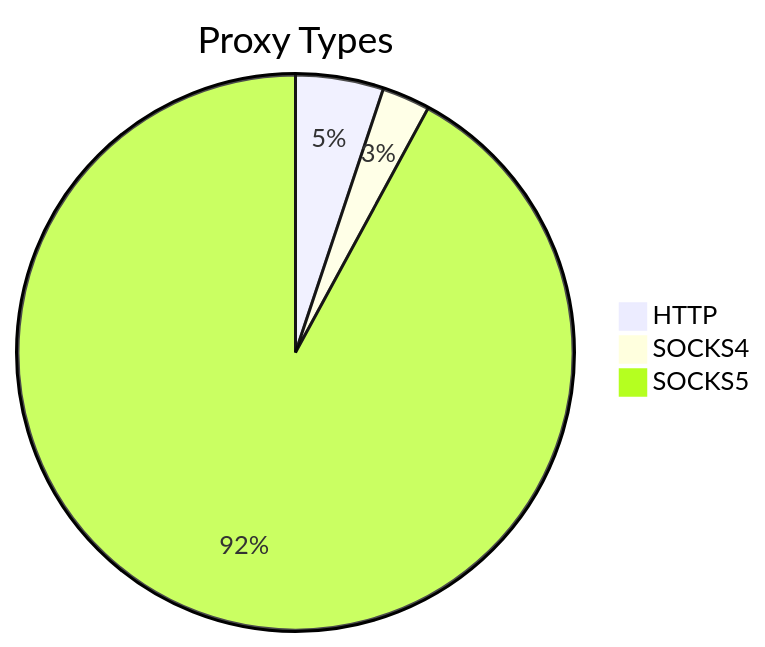
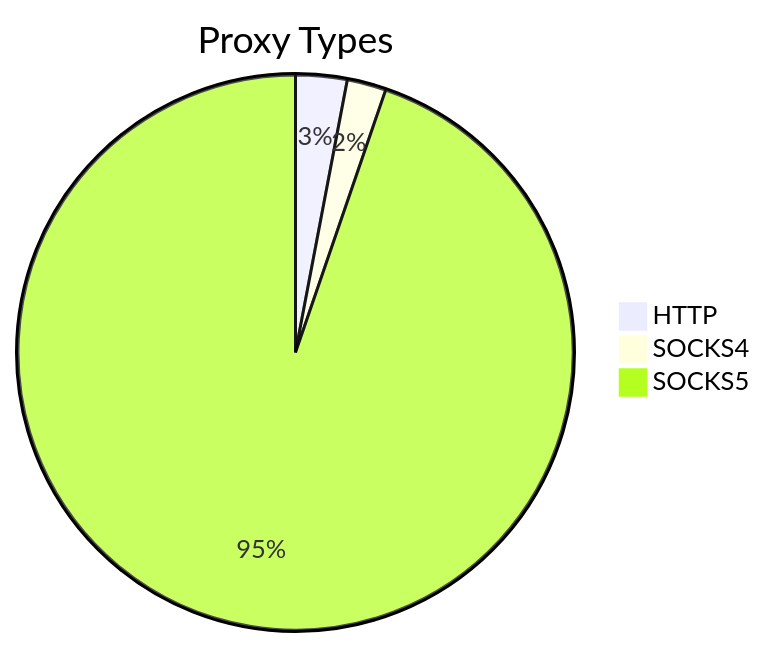
Before and after one commit to stormsia/proxy-list: the first of 2 diagrams in README.md, drawn with Mermaid. The commit also changed other lines of this file, not shown here.

````diff
--- a/README.md
+++ b/README.md
@@ -21,6 +21,6 @@
 ```mermaid
 pie title Proxy Types
-    "HTTP" : 75
-    "SOCKS4" : 41
-    "SOCKS5" : 1349
+    "HTTP" : 46
+    "SOCKS4" : 35
+    "SOCKS5" : 1457
 ```
````
